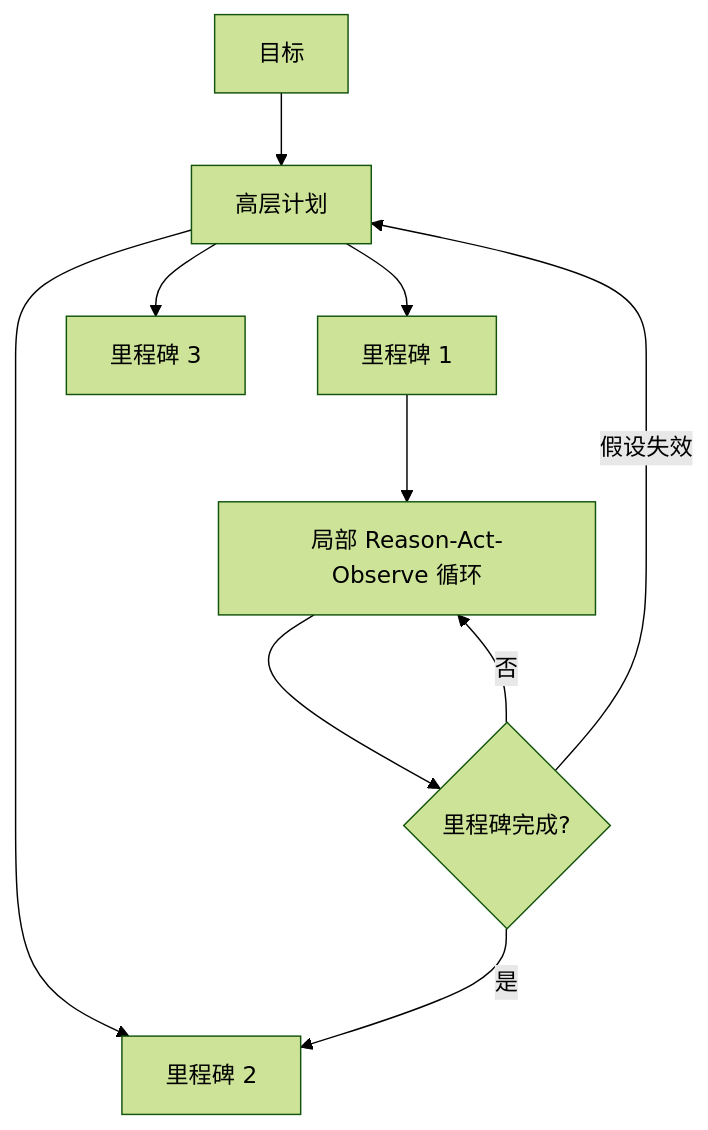
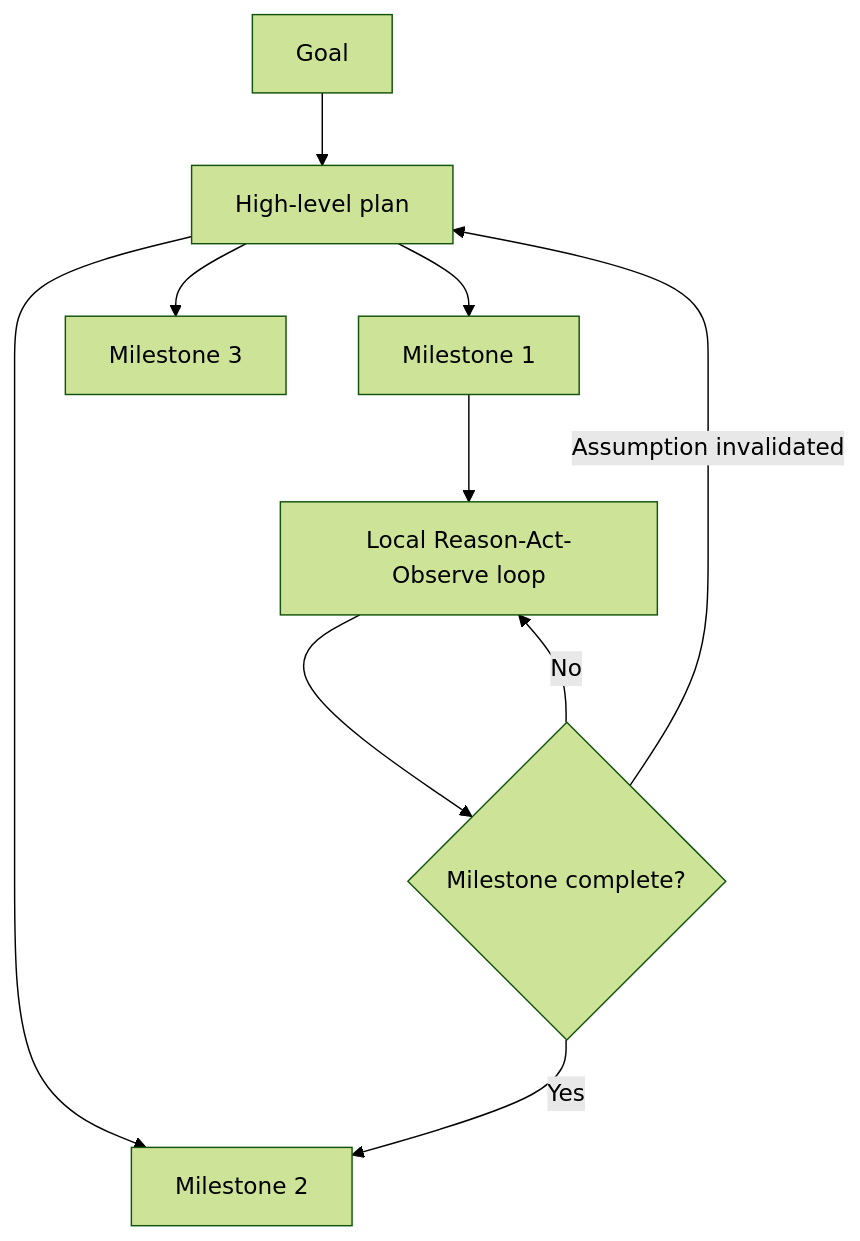
The eighth of 8 diagrams in docs/agent/01-foundations/02-agent-architecture.md (oneleaveknowsthefall/awesome-ai-roadmap), drawn with Mermaid (forest theme) before and after one commit. The commit also changed other lines of this file and 68 other files, not shown here.

````diff
--- a/docs/agent/01-foundations/02-agent-architecture.md
+++ b/docs/agent/01-foundations/02-agent-architecture.md
@@ -568,13 +572,13 @@
 ```mermaid
 flowchart TB
-    G[目标] --> HP[高层计划]
-    HP --> M1[里程碑 1]
-    HP --> M2[里程碑 2]
-    HP --> M3[里程碑 3]
+    G[Goal] --> HP[High-level plan]
+    HP --> M1[Milestone 1]
+    HP --> M2[Milestone 2]
+    HP --> M3[Milestone 3]
 
-    M1 --> L1[局部 Reason-Act-Observe 循环]
-    L1 --> C{里程碑完成?}
-    C -->|否| L1
-    C -->|是| M2
-    C -->|假设失效| HP
+    M1 --> L1[Local Reason-Act-Observe loop]
+    L1 --> C{Milestone complete?}
+    C -->|No| L1
+    C -->|Yes| M2
+    C -->|Assumption invalidated| HP
 ```
````
